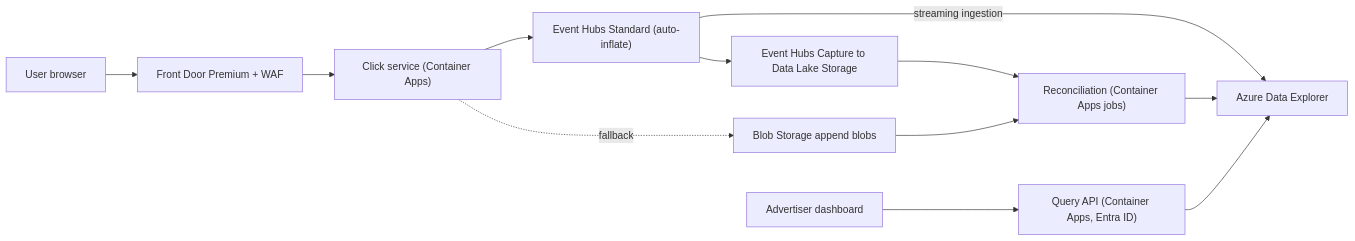
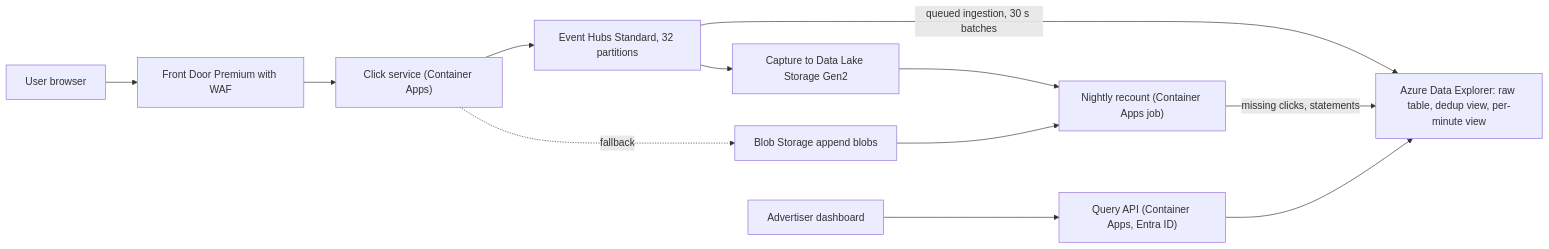
Before and after one commit to spabolu/system-design-modern: the tenth of 10 diagrams in docs/06-case-studies/ad-click-aggregator.md, drawn with Mermaid. The commit also changed other lines of this file, not shown here.

````diff
--- a/docs/06-case-studies/ad-click-aggregator.md
+++ b/docs/06-case-studies/ad-click-aggregator.md
@@ -131,14 +371,14 @@
 ```mermaid
 flowchart LR
-  U["User browser"] --> FD["Front Door Premium + WAF"]
+  U["User browser"] --> FD["Front Door Premium with WAF"]
   FD --> CS["Click service (Container Apps)"]
-  CS --> EH["Event Hubs Standard (auto-inflate)"]
+  CS --> EH["Event Hubs Standard, 32 partitions"]
   CS -.->|"fallback"| FB["Blob Storage append blobs"]
-  EH -->|"streaming ingestion"| ADX["Azure Data Explorer"]
-  EH --> CAP["Event Hubs Capture to Data Lake Storage"]
-  CAP --> REC["Reconciliation (Container Apps jobs)"]
-  FB --> REC
-  REC --> ADX
+  EH -->|"queued ingestion, 30 s batches"| ADX["Azure Data Explorer: raw table, dedup view, per-minute view"]
+  EH --> CAP["Capture to Data Lake Storage Gen2"]
+  CAP --> JOB["Nightly recount (Container Apps job)"]
+  FB --> JOB
+  JOB -->|"missing clicks, statements"| ADX
   ADV["Advertiser dashboard"] --> QS["Query API (Container Apps, Entra ID)"]
   QS --> ADX
 ```
````
